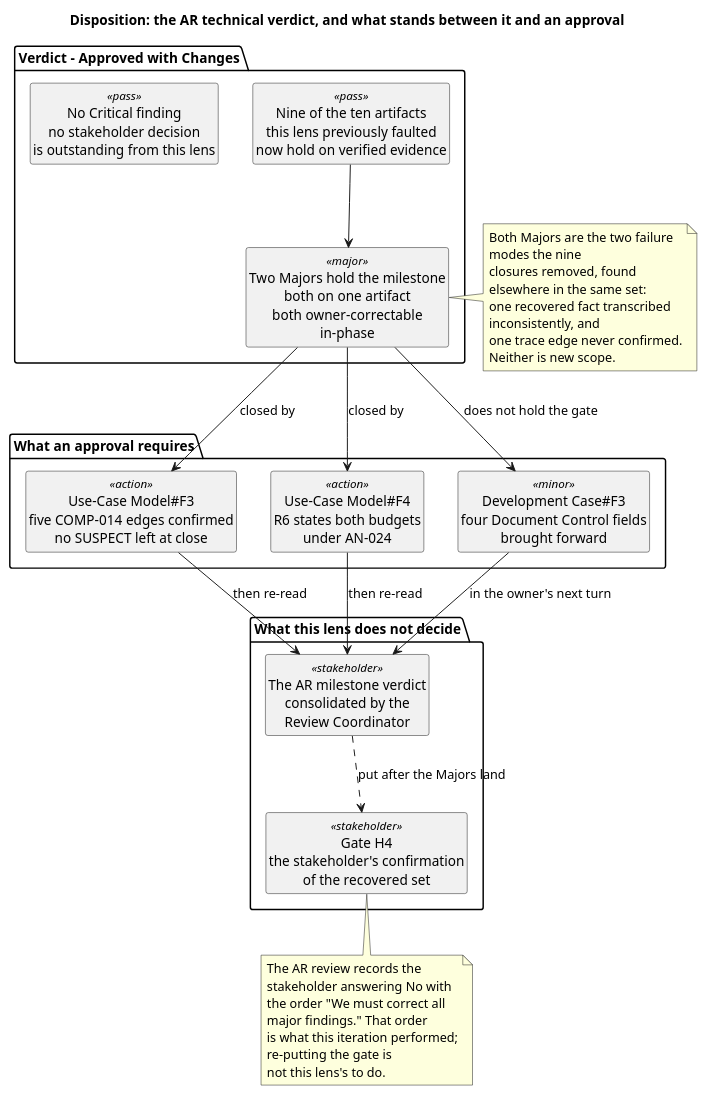
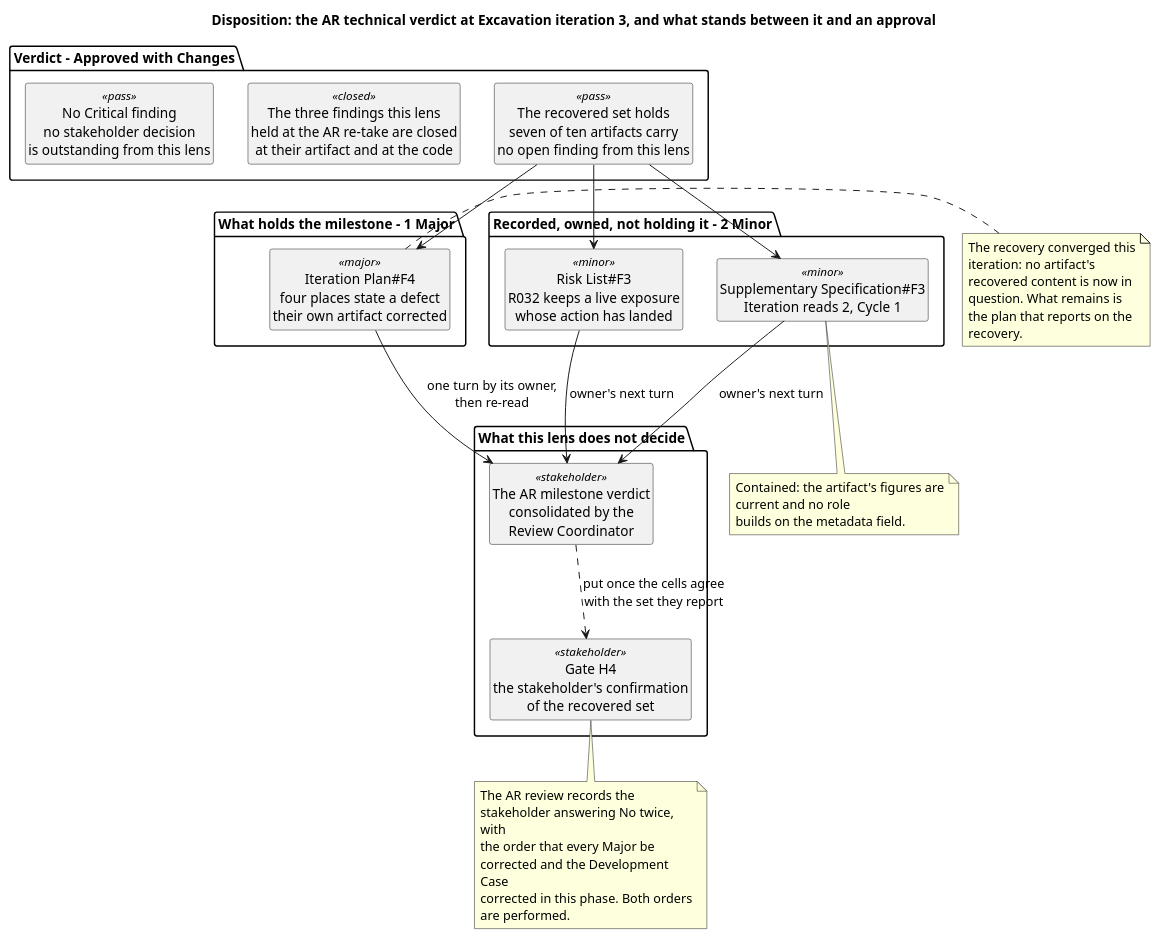
The ninth of 11 diagrams in docs/artifacts/project-management/review-record.md (banense-test/TodoApp), drawn with PlantUML before and after one commit. The commit also changed other lines of this file, not shown here.

Commit message:
Reviewer [Excavation3]: upsert Review Record
[skip ci]

````diff
--- a/docs/artifacts/project-management/review-record.md
+++ b/docs/artifacts/project-management/review-record.md
@@ -933,51 +933,55 @@
 ```plantuml
 @startuml
-title Disposition: the AR technical verdict, and what stands between it and an approval
+title Disposition: the AR technical verdict at Excavation iteration 3, and what stands between it and an approval
 
 skinparam shadowing false
 skinparam classAttributeIconSize 0
-skinparam wrapWidth 215
+skinparam wrapWidth 220
 hide circle
 hide empty members
 
 package "Verdict - Approved with Changes" {
-  class "Nine of the ten artifacts\nthis lens previously faulted\nnow hold on verified evidence" as V <<pass>>
-  class "No Critical finding\nno stakeholder decision\nis outstanding from this lens" as VC <<pass>>
-  class "Two Majors hold the milestone\nboth on one artifact\nboth owner-correctable in-phase" as VM <<major>>
+  class "The recovered set holds\nseven of ten artifacts carry\nno open finding from this lens" as V <<pass>>
+  class "The three findings this lens\nheld at the AR re-take are closed\nat their artifact and at the code" as VC <<closed>>
+  class "No Critical finding\nno stakeholder decision\nis outstanding from this lens" as VK <<pass>>
 }
 
-package "What an approval requires" {
-  class "Use-Case Model#F3\nfive COMP-014 edges confirmed\nno SUSPECT left at close" as R1 <<action>>
-  class "Use-Case Model#F4\nR6 states both budgets\nunder AN-024" as R2 <<action>>
-  class "Development Case#F3\nfour Document Control fields\nbrought forward" as R3 <<minor>>
+package "What holds the milestone - 1 Major" {
+  class "Iteration Plan#F4\nfour places state a defect\ntheir own artifact corrected" as M1 <<major>>
+}
+
+package "Recorded, owned, not holding it - 2 Minor" {
+  class "Risk List#F3\nR032 keeps a live exposure\nwhose action has landed" as m1 <<minor>>
+  class "Supplementary Specification#F3\nIteration reads 2, Cycle 1" as m2 <<minor>>
 }
 
 package "What this lens does not decide" {
   class "Gate H4\nthe stakeholder's confirmation\nof the recovered set" as H4 <<stakeholder>>
   class "The AR milestone verdict\nconsolidated by the\nReview Coordinator" as RC <<stakeholder>>
 }
 
-V --> VM
-VM --> R1 : closed by
-VM --> R2 : closed by
-VM --> R3 : does not hold the gate
-R1 --> RC : then re-read
-R2 --> RC : then re-read
-R3 --> RC : in the owner's next turn
-RC ..> H4 : put after the Majors land
+V --> M1
+V --> m1
+V --> m2
+M1 --> RC : one turn by its owner,\nthen re-read
+m1 --> RC : owner's next turn
+m2 --> RC : owner's next turn
+RC ..> H4 : put once the cells agree\nwith the set they report
 
-note right of VM
-  Both Majors are the two failure modes the nine
-  closures removed, found elsewhere in the same set:
-  one recovered fact transcribed inconsistently, and
-  one trace edge never confirmed. Neither is new scope.
+note right of M1
+  The recovery converged this iteration: no artifact's
+  recovered content is now in question. What remains is
+  the plan that reports on the recovery.
 end note
 note bottom of H4
-  The AR review records the stakeholder answering No with
-  the order "We must correct all major findings." That order
-  is what this iteration performed; re-putting the gate is
-  not this lens's to do.
+  The AR review records the stakeholder answering No twice, with
+  the order that every Major be corrected and the Development Case
+  corrected in this phase. Both orders are performed.
+end note
+note bottom of m2
+  Contained: the artifact's figures are current and no role
+  builds on the metadata field.
 end note
 
 @enduml
 ```
````
